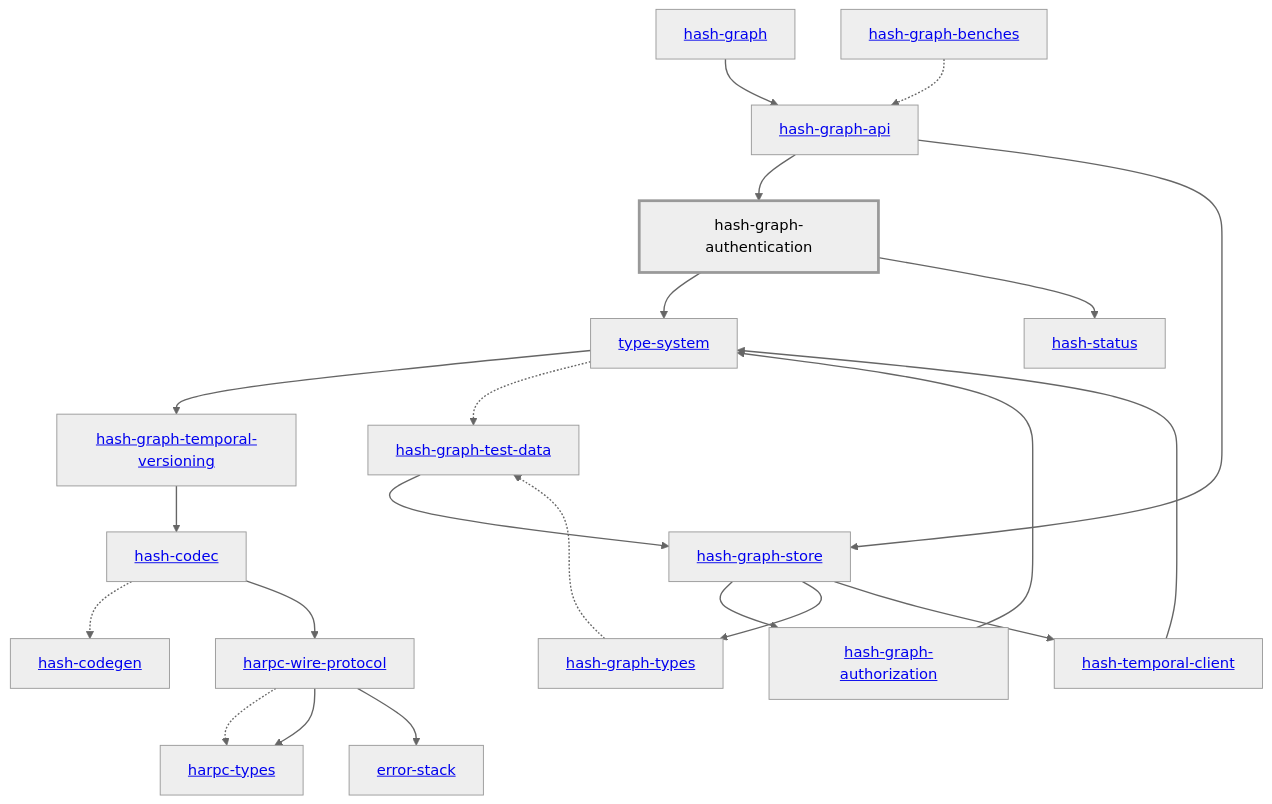
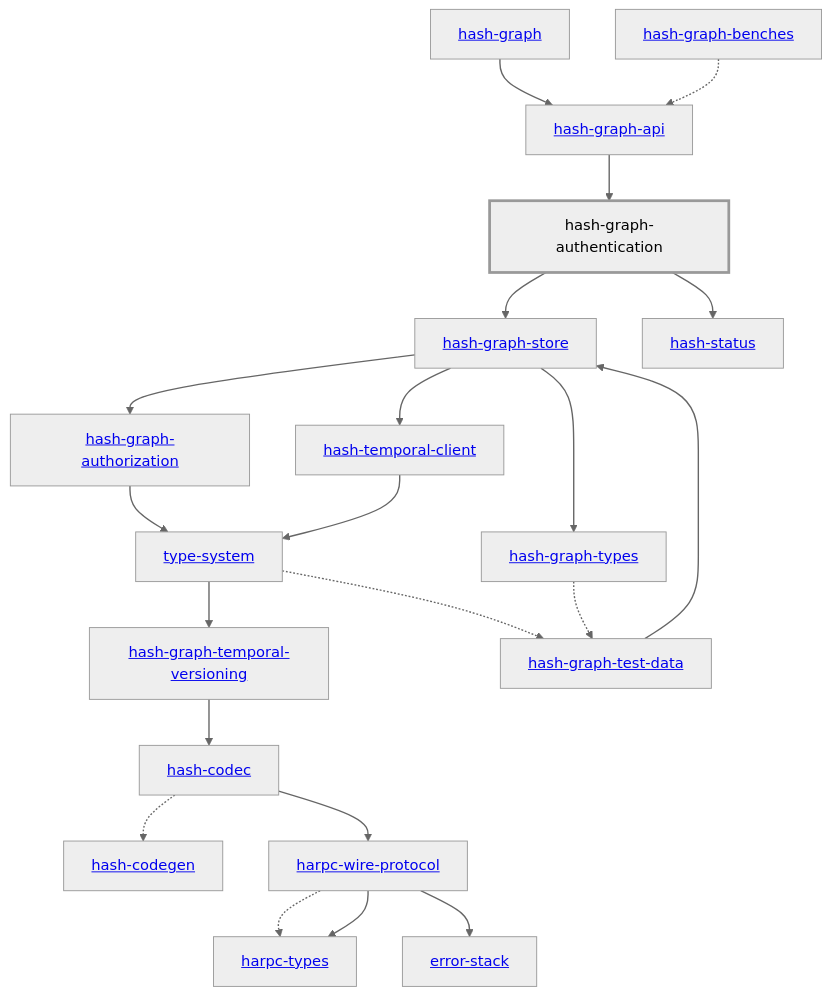
The diagram in libs/@local/graph/authentication/docs/dependency-diagram.mmd (hashintel/hash), drawn with Mermaid (neutral theme) before and after one commit. The commit also changed 26 other files, not shown here.

Commit message:
BE-760: Verify Kratos sessions in the Graph API

```diff
--- a/libs/@local/graph/authentication/docs/dependency-diagram.mmd
+++ b/libs/@local/graph/authentication/docs/dependency-diagram.mmd
@@ -1,49 +1,48 @@
 graph TD
     linkStyle default stroke-width:1.5px
     classDef default stroke-width:1px
     classDef root stroke-width:3px
     classDef dev stroke-width:1px
     classDef build stroke-width:1px
     %% Legend
     %% --> : Normal dependency
     %% -.-> : Dev dependency
     %% ---> : Build dependency
     0[<a href="../hash_graph/index.html">hash-graph</a>]
     1[<a href="../type_system/index.html">type-system</a>]
     2[<a href="../hash_codec/index.html">hash-codec</a>]
     3[<a href="../hash_codegen/index.html">hash-codegen</a>]
     4[<a href="../hash_graph_api/index.html">hash-graph-api</a>]
     5[hash-graph-authentication]
     class 5 root
     6[<a href="../hash_graph_authorization/index.html">hash-graph-authorization</a>]
     7[<a href="../hash_graph_store/index.html">hash-graph-store</a>]
     8[<a href="../hash_graph_temporal_versioning/index.html">hash-graph-temporal-versioning</a>]
     9[<a href="../hash_graph_types/index.html">hash-graph-types</a>]
     10[<a href="../harpc_types/index.html">harpc-types</a>]
     11[<a href="../harpc_wire_protocol/index.html">harpc-wire-protocol</a>]
     12[<a href="../hash_status/index.html">hash-status</a>]
     13[<a href="../hash_temporal_client/index.html">hash-temporal-client</a>]
     14[<a href="../error_stack/index.html">error-stack</a>]
     15[<a href="../hash_graph_benches/index.html">hash-graph-benches</a>]
     16[<a href="../hash_graph_test_data/index.html">hash-graph-test-data</a>]
     0 --> 4
     1 --> 8
     1 -.-> 16
     2 -.-> 3
     2 --> 11
     4 --> 5
-    4 --> 7
-    5 --> 1
+    5 --> 7
     5 --> 12
     6 --> 1
     7 --> 6
     7 --> 9
     7 --> 13
     8 --> 2
     9 -.-> 16
     11 -.-> 10
     11 --> 10
     11 --> 14
     13 --> 1
     15 -.-> 4
     16 --> 7
```
